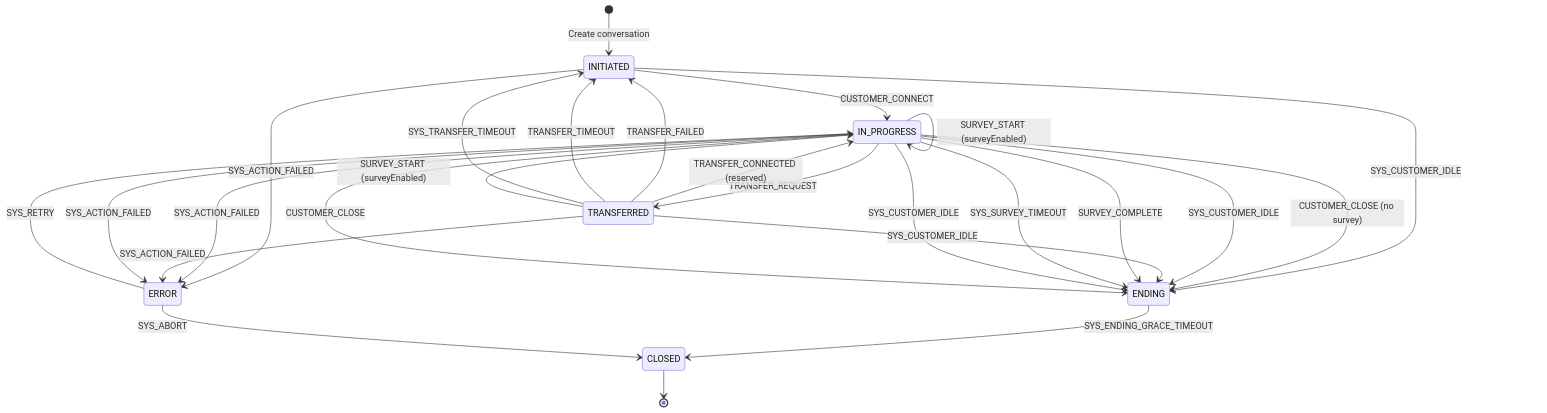
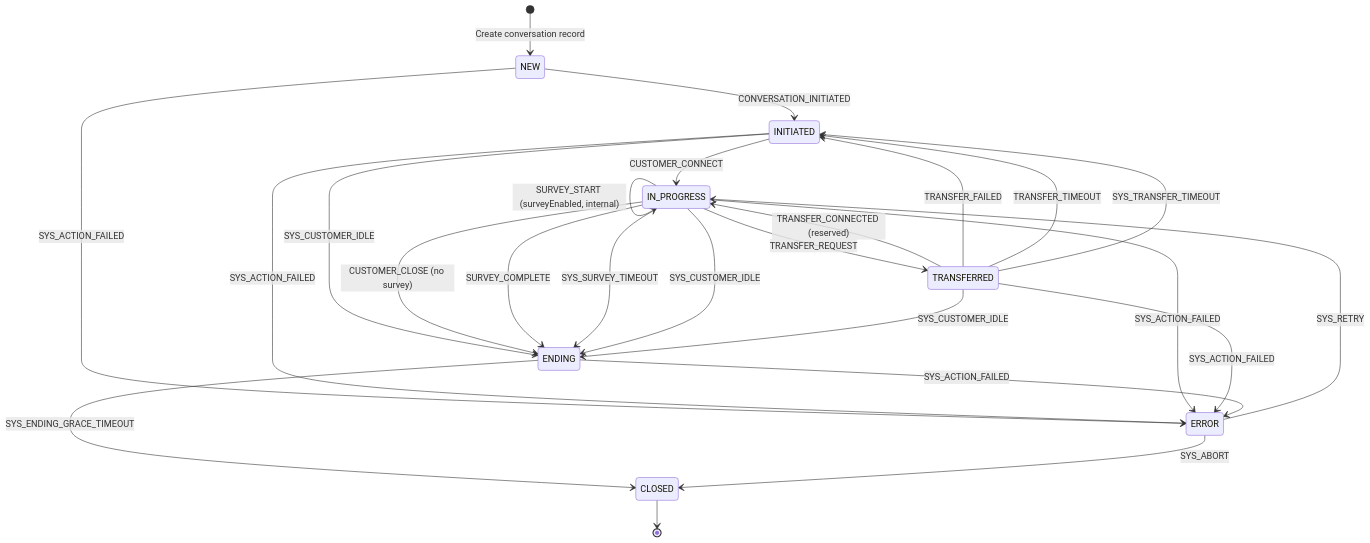
The first of 7 diagrams in 08-Code/state-machine/docs/03-State-Transition-Diagrams.md (huangzhiqiu/ai-knowledge-design), drawn with Mermaid before and after one commit. The commit also changed other lines of this file and 2 other files, not shown here.

First line of the commit message:
docs: fix incorrect state descriptions in docs (remove SURVEY_IN_PROGRESS, add NEW state)

````diff
--- a/08-Code/state-machine/docs/03-State-Transition-Diagrams.md
+++ b/08-Code/state-machine/docs/03-State-Transition-Diagrams.md
@@ -9,36 +9,34 @@
 ```mermaid
 stateDiagram-v2
-    [*] --> INITIATED : Create conversation
+    [*] --> NEW : Create conversation record
+    NEW --> INITIATED : CONVERSATION_INITIATED
 
     INITIATED --> IN_PROGRESS : CUSTOMER_CONNECT
     INITIATED --> ENDING : SYS_CUSTOMER_IDLE
 
     IN_PROGRESS --> TRANSFERRED : TRANSFER_REQUEST
-    IN_PROGRESS --> IN_PROGRESS : SURVEY_START (surveyEnabled)
+    IN_PROGRESS --> IN_PROGRESS : SURVEY_START (surveyEnabled, internal)
     IN_PROGRESS --> ENDING : CUSTOMER_CLOSE (no survey)
+    IN_PROGRESS --> ENDING : SURVEY_COMPLETE
+    IN_PROGRESS --> ENDING : SYS_SURVEY_TIMEOUT
     IN_PROGRESS --> ENDING : SYS_CUSTOMER_IDLE
 
     TRANSFERRED --> IN_PROGRESS : TRANSFER_CONNECTED (reserved)
     TRANSFERRED --> INITIATED : TRANSFER_FAILED
     TRANSFERRED --> INITIATED : TRANSFER_TIMEOUT
     TRANSFERRED --> INITIATED : SYS_TRANSFER_TIMEOUT
-    TRANSFERRED --> IN_PROGRESS : SURVEY_START (surveyEnabled)
     TRANSFERRED --> ENDING : SYS_CUSTOMER_IDLE
-
-    IN_PROGRESS --> ENDING : SURVEY_COMPLETE
-    IN_PROGRESS --> ENDING : SYS_SURVEY_TIMEOUT
-    IN_PROGRESS --> ENDING : SYS_CUSTOMER_IDLE
-    IN_PROGRESS --> ENDING : CUSTOMER_CLOSE
 
     ENDING --> CLOSED : SYS_ENDING_GRACE_TIMEOUT
 
     %% Failover: action error → SYS_ACTION_FAILED → ERROR → retry/abort
+    NEW --> ERROR : SYS_ACTION_FAILED
     INITIATED --> ERROR : SYS_ACTION_FAILED
     IN_PROGRESS --> ERROR : SYS_ACTION_FAILED
     TRANSFERRED --> ERROR : SYS_ACTION_FAILED
-    IN_PROGRESS --> ERROR : SYS_ACTION_FAILED
+    ENDING --> ERROR : SYS_ACTION_FAILED
     ERROR --> IN_PROGRESS : SYS_RETRY
     ERROR --> CLOSED : SYS_ABORT
 
     CLOSED --> [*]
 ```
````
